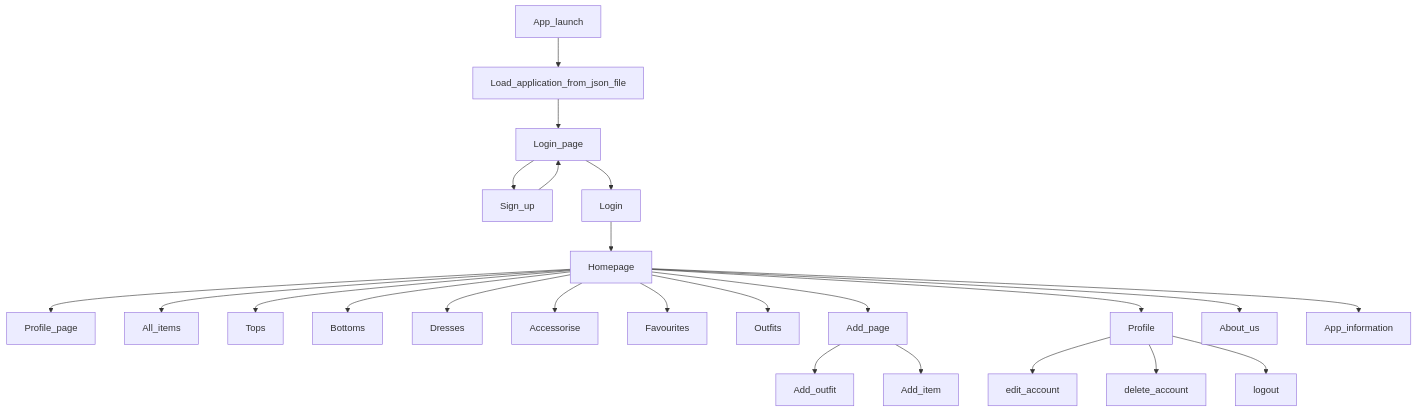
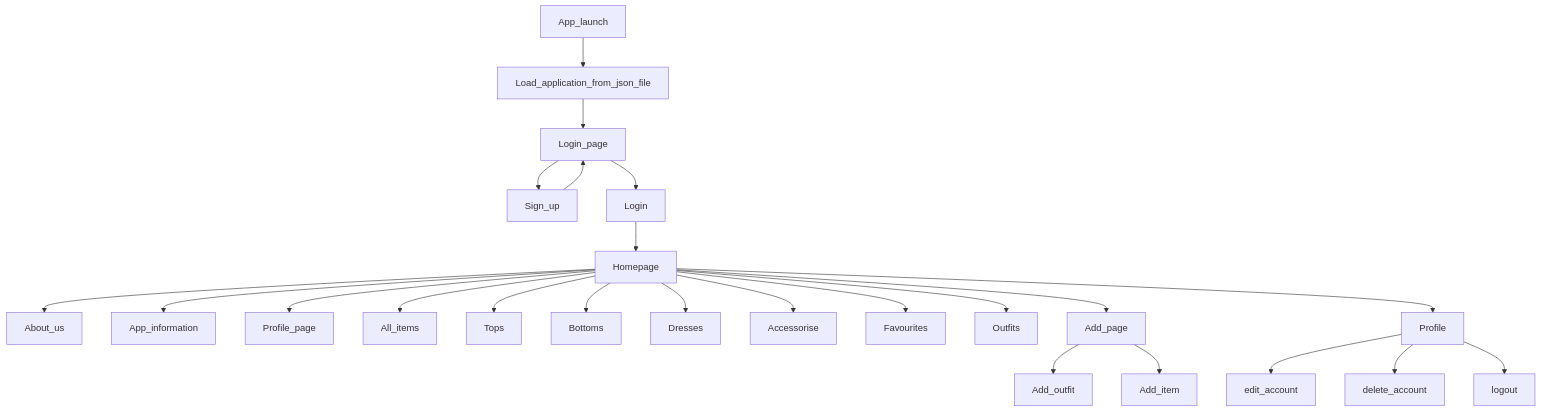
Before and after one commit to IreneAvezzu/test_: the diagram in readme.md, drawn with Mermaid.

````diff
--- a/readme.md
+++ b/readme.md
@@ -5,28 +5,27 @@
 ```mermaid
 graph TD;
   App_launch-->Load_application_from_json_file;
   Load_application_from_json_file-->Login_page;
   Login_page-->Sign_up;
   Sign_up-->Login_page;
   Login_page-->Login;
   Login-->Homepage;
+  Homepage-->About_us;
+  Homepage-->App_information;
   Homepage-->Profile_page;
   Homepage-->All_items;
   Homepage-->Tops;
   Homepage-->Bottoms;
   Homepage-->Dresses;
   Homepage-->Accessorise;
   Homepage-->Favourites;
   Homepage-->Outfits;
   Homepage-->Add_page;
   Homepage-->Profile;
   
   Add_page-->Add_outfit;
   Add_page-->Add_item;
   Profile-->edit_account;
   Profile-->delete_account;
   Profile-->logout;
-  
-  Homepage-->About_us;
-  Homepage-->App_information;
 ```
````
